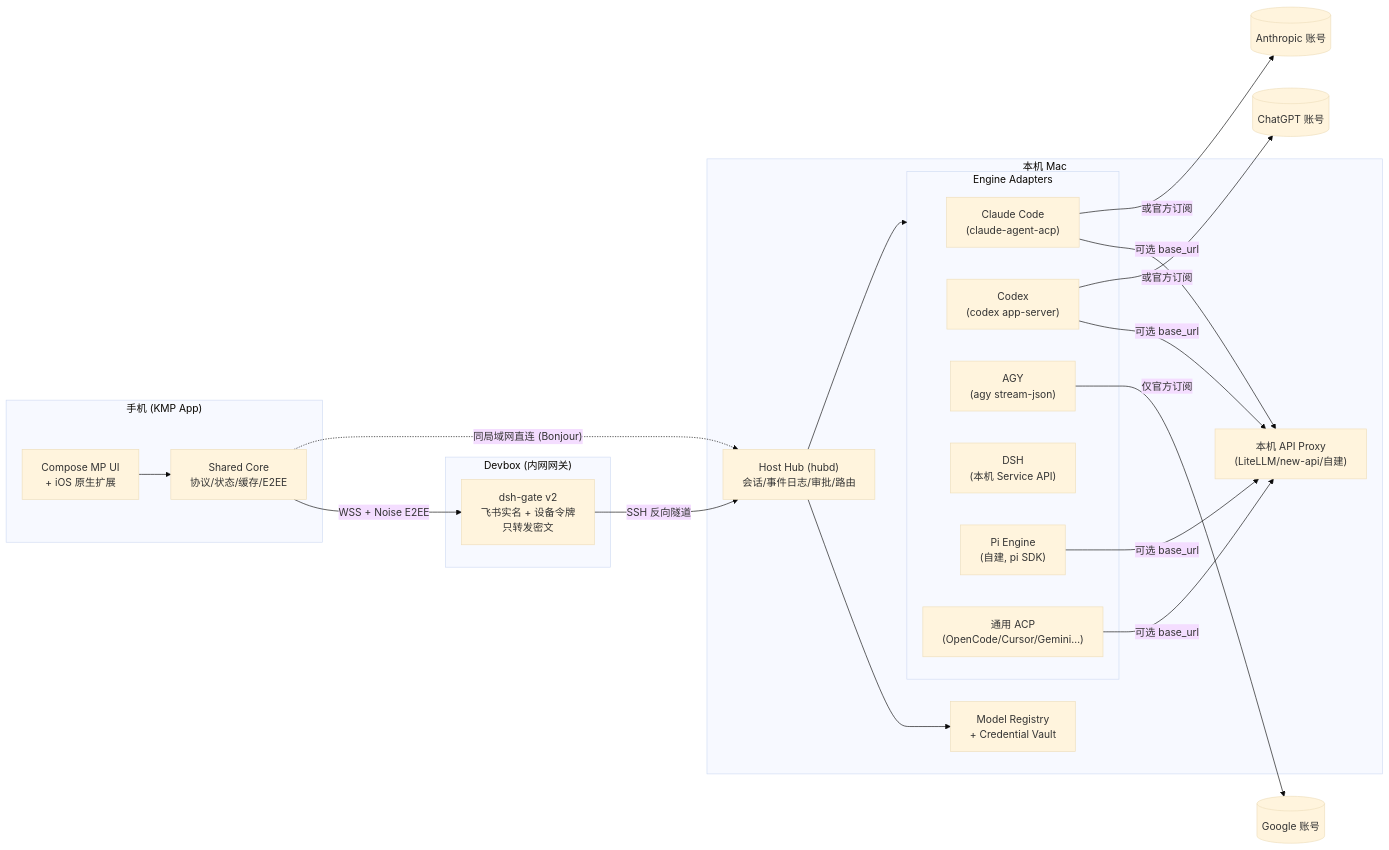
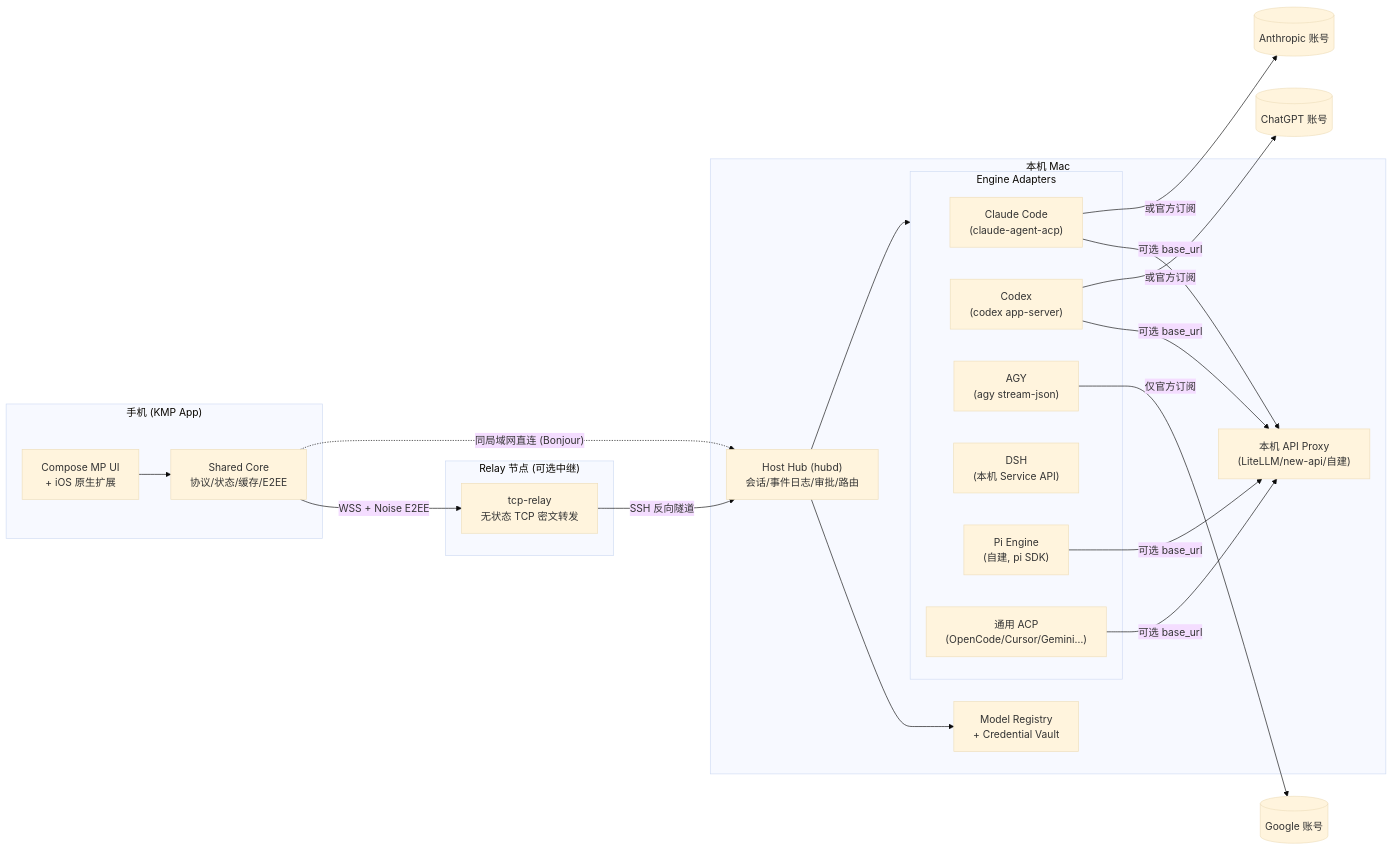
The first of 6 diagrams in docs/PLAN.md (letrahoo/lework), drawn with Mermaid (base theme) before and after one commit. The commit also changed other lines of this file and 52 other files, not shown here.

Commit message:
refactor: unify dev.lework / @lework/* naming and abstract pluggable RFC 8628 OAuth device flow

````diff
--- a/docs/PLAN.md
+++ b/docs/PLAN.md
@@ -54,36 +54,36 @@
 ```mermaid
 flowchart LR
     subgraph Phone["手机 (KMP App)"]
         UI["Compose MP UI<br/>+ iOS 原生扩展"]
         Core["Shared Core<br/>协议/状态/缓存/E2EE"]
     end
 
-    subgraph Devbox["Devbox (内网网关)"]
-        Gate["dsh-gate v2<br/>飞书实名 + 设备令牌<br/>只转发密文"]
+    subgraph RelayNode["Relay 节点 (可选中继)"]
+        Gate["tcp-relay<br/>无状态 TCP 密文转发"]
     end
 
     subgraph Mac["本机 Mac"]
         Hub["Host Hub (hubd)<br/>会话/事件日志/审批/路由"]
         Reg["Model Registry<br/>+ Credential Vault"]
         subgraph Engines["Engine Adapters"]
             A1["Claude Code<br/>(claude-agent-acp)"]
             A2["Codex<br/>(codex app-server)"]
             A3["AGY<br/>(agy stream-json)"]
             A4["DSH<br/>(本机 Service API)"]
             A5["Pi Engine<br/>(自建, pi SDK)"]
             A6["通用 ACP<br/>(OpenCode/Cursor/Gemini…)"]
         end
         Proxy["本机 API Proxy<br/>(LiteLLM/new-api/自建)"]
     end
 
     UI --> Core
     Core -- "WSS + Noise E2EE" --> Gate
     Gate -- "SSH 反向隧道" --> Hub
     Core -. "同局域网直连 (Bonjour)" .-> Hub
     Hub --> Engines
     Hub --> Reg
     A1 & A2 & A5 & A6 -- "可选 base_url" --> Proxy
     A3 -- "仅官方订阅" --> Cloud1[("Google 账号")]
     A1 -- "或官方订阅" --> Cloud2[("Anthropic 账号")]
     A2 -- "或官方订阅" --> Cloud3[("ChatGPT 账号")]
 ```
````
